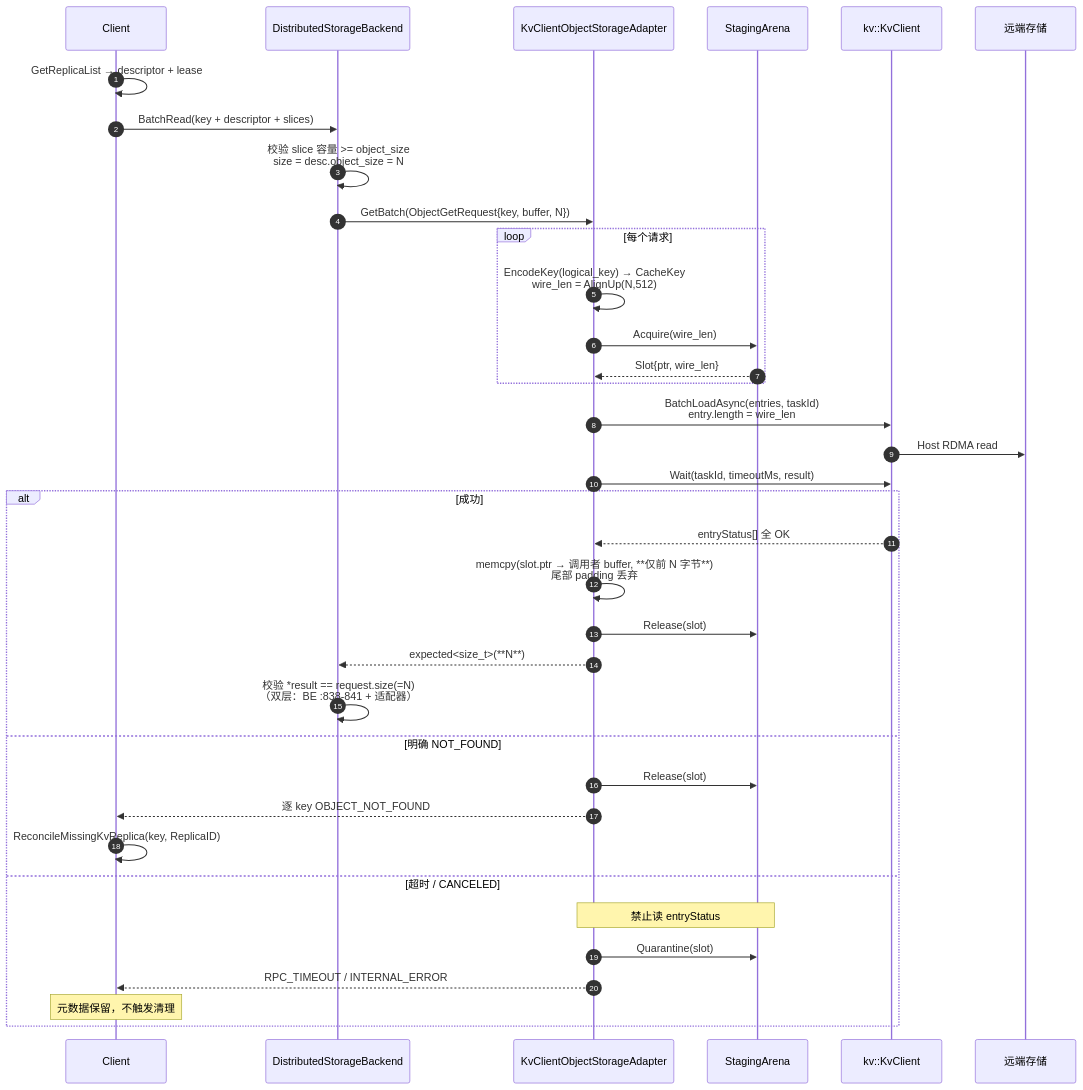
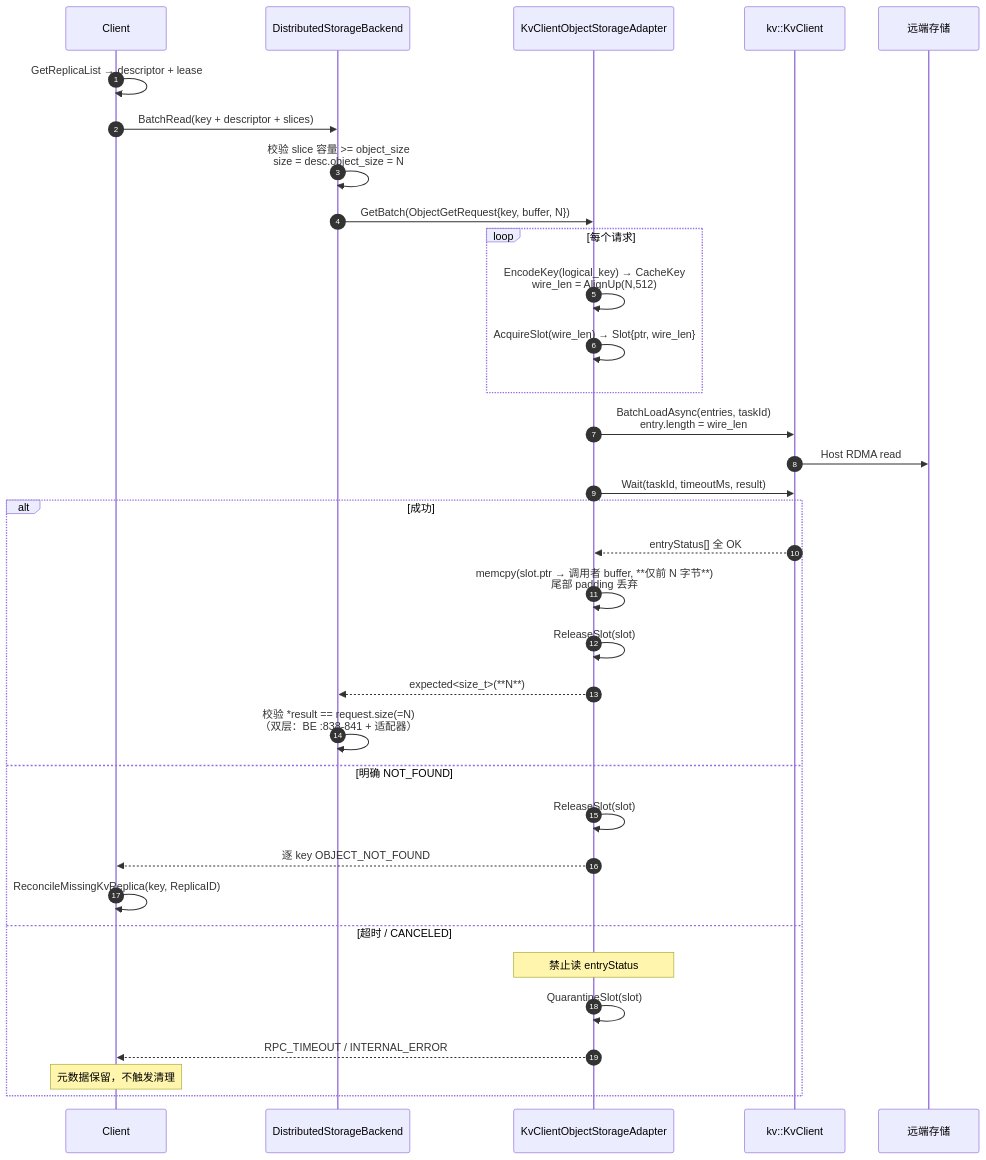
The tenth of 13 diagrams in Mooncake + KVClient L3 接入（Kvcs）- v3.md (zwj20000328-dotcom/Mooncake-documents), drawn with Mermaid before and after one commit. The commit also changed other lines of this file, not shown here.

First line of the commit message:
docs: fold StagingArena into KvClientObjectStorageAdapter slot management

````diff
--- a/Mooncake + KVClient L3 接入（Kvcs）- v3.md
+++ b/Mooncake + KVClient L3 接入（Kvcs）- v3.md
@@ -653,39 +654,37 @@
 ```mermaid
 sequenceDiagram
     autonumber
     participant C as Client
     participant BE as DistributedStorageBackend
     participant AD as KvClientObjectStorageAdapter
-    participant AR as StagingArena
     participant SDK as kv::KvClient
     participant S as 远端存储
 
     C->>C: GetReplicaList → descriptor + lease
     C->>BE: BatchRead(key + descriptor + slices)
     BE->>BE: 校验 slice 容量 >= object_size<br/>size = desc.object_size = N
     BE->>AD: GetBatch(ObjectGetRequest{key, buffer, N})
     loop 每个请求
         AD->>AD: EncodeKey(logical_key) → CacheKey<br/>wire_len = AlignUp(N,512)
-        AD->>AR: Acquire(wire_len)
-        AR-->>AD: Slot{ptr, wire_len}
+        AD->>AD: AcquireSlot(wire_len) → Slot{ptr, wire_len}
     end
     AD->>SDK: BatchLoadAsync(entries, taskId)<br/>entry.length = wire_len
     SDK->>S: Host RDMA read
     AD->>SDK: Wait(taskId, timeoutMs, result)
     alt 成功
         SDK-->>AD: entryStatus[] 全 OK
         AD->>AD: memcpy(slot.ptr → 调用者 buffer, **仅前 N 字节**)<br/>尾部 padding 丢弃
-        AD->>AR: Release(slot)
+        AD->>AD: ReleaseSlot(slot)
         AD-->>BE: expected<size_t>(**N**)
         BE->>BE: 校验 *result == request.size(=N)<br/>（双层：BE :838-841 + 适配器）
     else 明确 NOT_FOUND
-        AD->>AR: Release(slot)
+        AD->>AD: ReleaseSlot(slot)
         AD-->>C: 逐 key OBJECT_NOT_FOUND
         C->>C: ReconcileMissingKvReplica(key, ReplicaID)
     else 超时 / CANCELED
-        Note over AD,AR: 禁止读 entryStatus
-        AD->>AR: Quarantine(slot)
+        Note over AD: 禁止读 entryStatus
+        AD->>AD: QuarantineSlot(slot)
         AD-->>C: RPC_TIMEOUT / INTERNAL_ERROR
         Note over C: 元数据保留，不触发清理
     end
 ```
````
